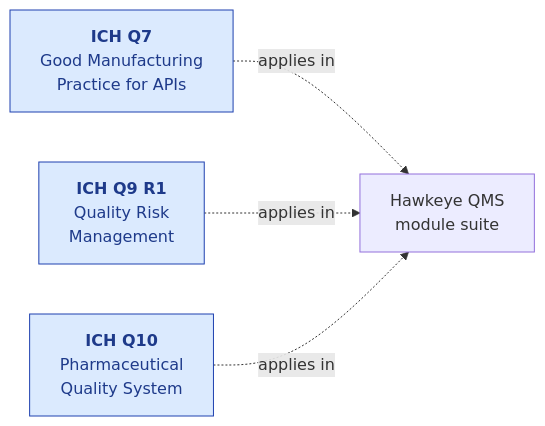
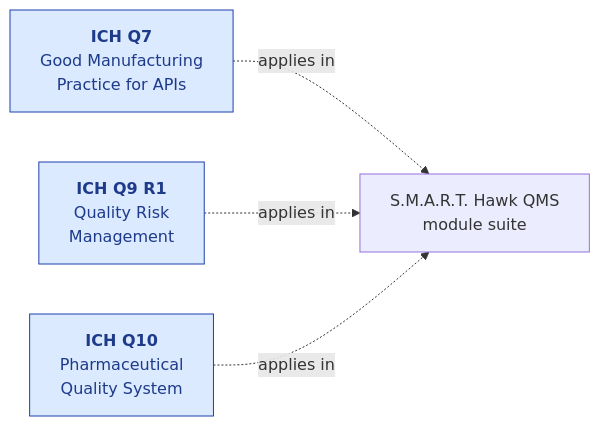
One commit to hawkeyetransact-dotcom/doc_v2 changed the first of 2 diagrams in 08-compliance-regulatory/frameworks/ICH-Q-SERIES.md. Above: the diagram before and after it, drawn with Mermaid. The commit also changed other lines of this file and 105 other files, not shown here.

First line of the commit message:
Rebrand docs: Hawkeye -> S.M.A.R.T. Hawk; S.M.A.R.T. five-pillar pipeline

````diff
--- a/08-compliance-regulatory/frameworks/ICH-Q-SERIES.md
+++ b/08-compliance-regulatory/frameworks/ICH-Q-SERIES.md
@@ -15,12 +15,12 @@
 ```mermaid
 flowchart LR
     classDef ich fill:#dbeafe,stroke:#1e40af,color:#1e3a8a
 
     Q7["<b>ICH Q7</b><br/>Good Manufacturing<br/>Practice for APIs"]:::ich
     Q9["<b>ICH Q9 R1</b><br/>Quality Risk<br/>Management"]:::ich
     Q10["<b>ICH Q10</b><br/>Pharmaceutical<br/>Quality System"]:::ich
 
-    Q7 -.applies in.-> PQS["Hawkeye QMS<br/>module suite"]
+    Q7 -.applies in.-> PQS["S.M.A.R.T. Hawk QMS<br/>module suite"]
     Q9 -.applies in.-> PQS
     Q10 -.applies in.-> PQS
 ```
````
